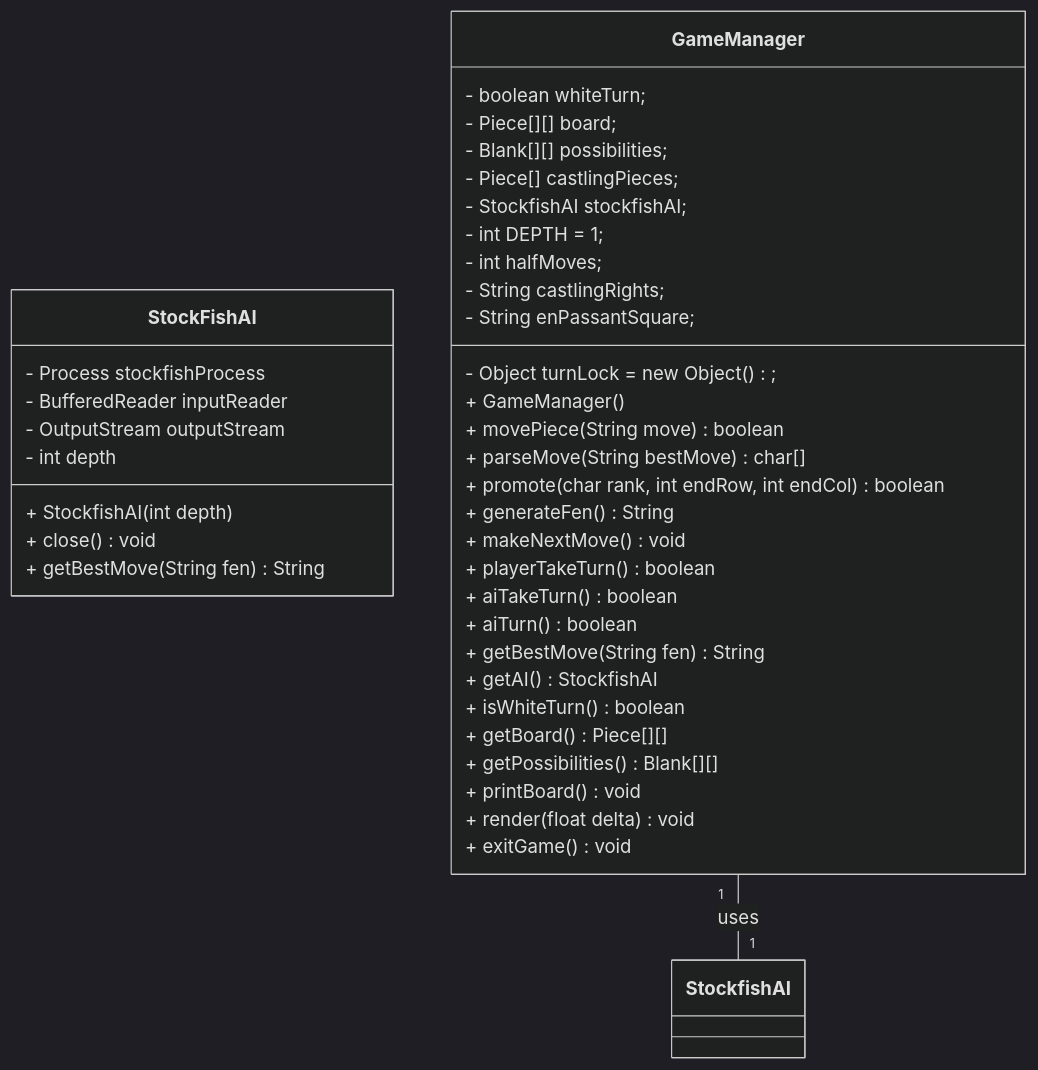
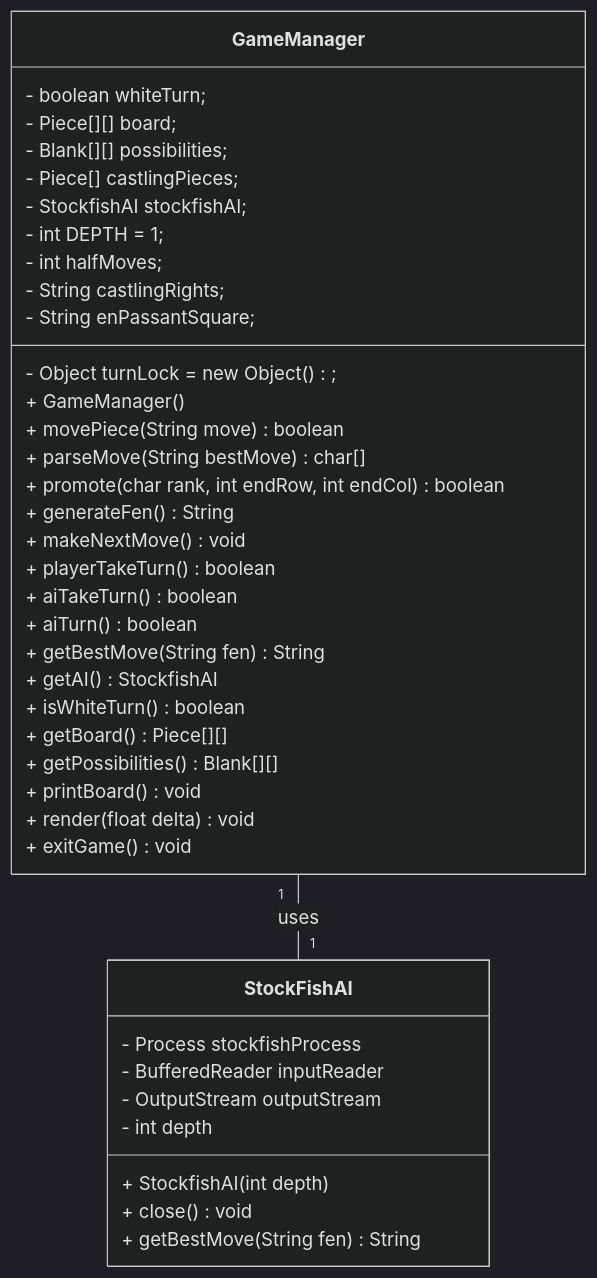
One commit to cis3296f24/gameroomgdx changed the diagram in ClassDiagram.md. Above: the diagram before and after it, drawn with Mermaid (dark theme).

Commit message:
game manager

````diff
--- a/ClassDiagram.md
+++ b/ClassDiagram.md
@@ -3,45 +3,45 @@
 ```mermaid 
 classDiagram
     class StockFishAI{
         - Process stockfishProcess
         - BufferedReader inputReader
         - OutputStream outputStream
         - int depth
         + StockfishAI(int depth)
         + close() void
         + getBestMove(String fen) String
     }
       class GameManager{
        - Object turnLock = new Object();
        - boolean whiteTurn;
        - Piece[][] board;
        - Blank[][] possibilities;
        -  Piece[] castlingPieces;
        - StockfishAI stockfishAI;
        - int DEPTH = 1;
        - int halfMoves;
        - String castlingRights;
        - String enPassantSquare;
        + GameManager()
        + movePiece(String move) boolean
        + parseMove(String bestMove) char[]
        + promote(char rank, int endRow, int endCol) boolean
        + generateFen() String
        + makeNextMove() void
        + playerTakeTurn() boolean
        + aiTakeTurn() boolean
        + aiTurn() boolean
        + getBestMove(String fen) String
        + getAI() StockfishAI
        + isWhiteTurn() boolean
        + getBoard() Piece[][]
        + getPossibilities() Blank[][]
        + printBoard() void
        + render(float delta) void
        + exitGame() void
    
    }
-   GameManager "1" -- "1" StockfishAI : uses
+   GameManager "1" -- "1" StockFishAI : uses
 
 
 ```
````
